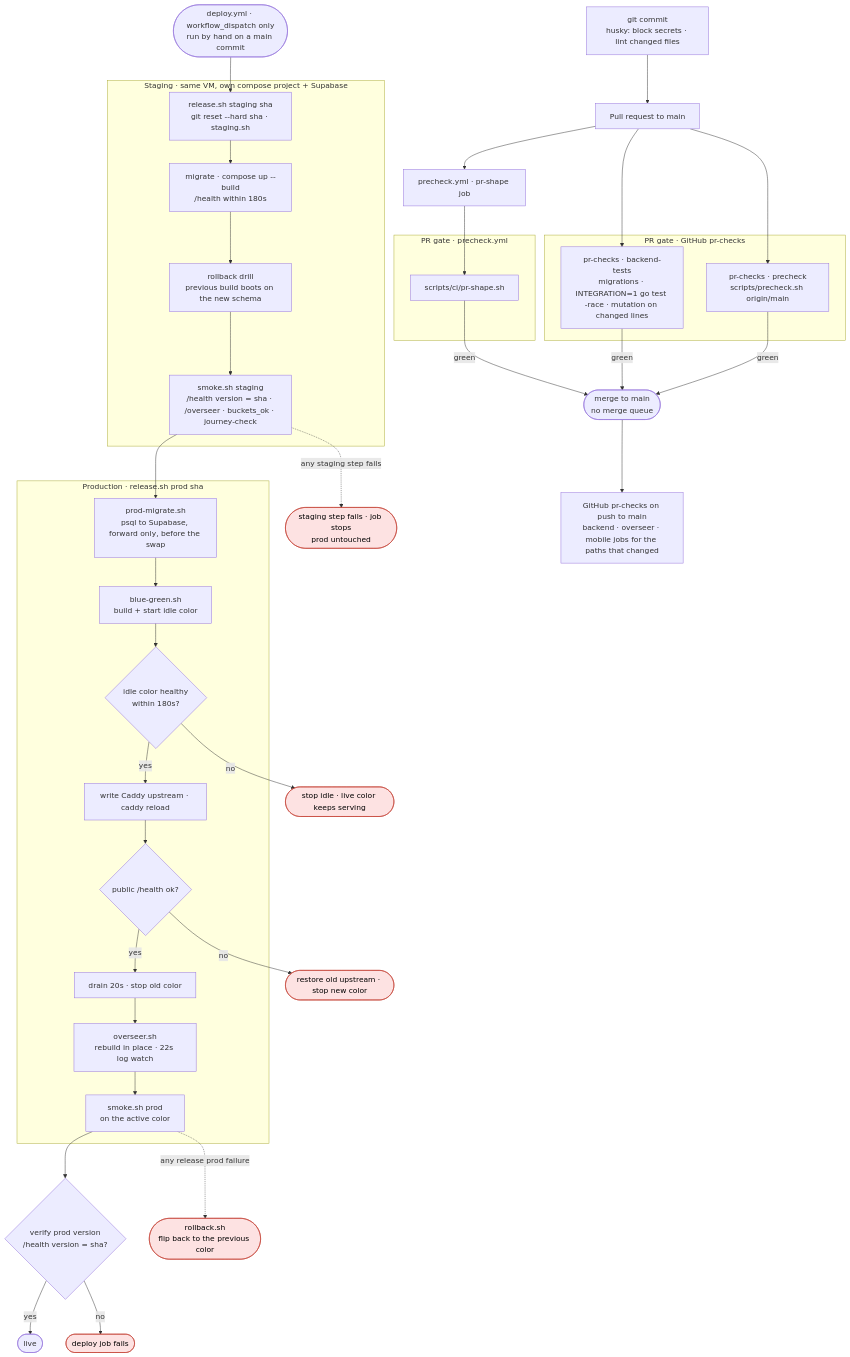
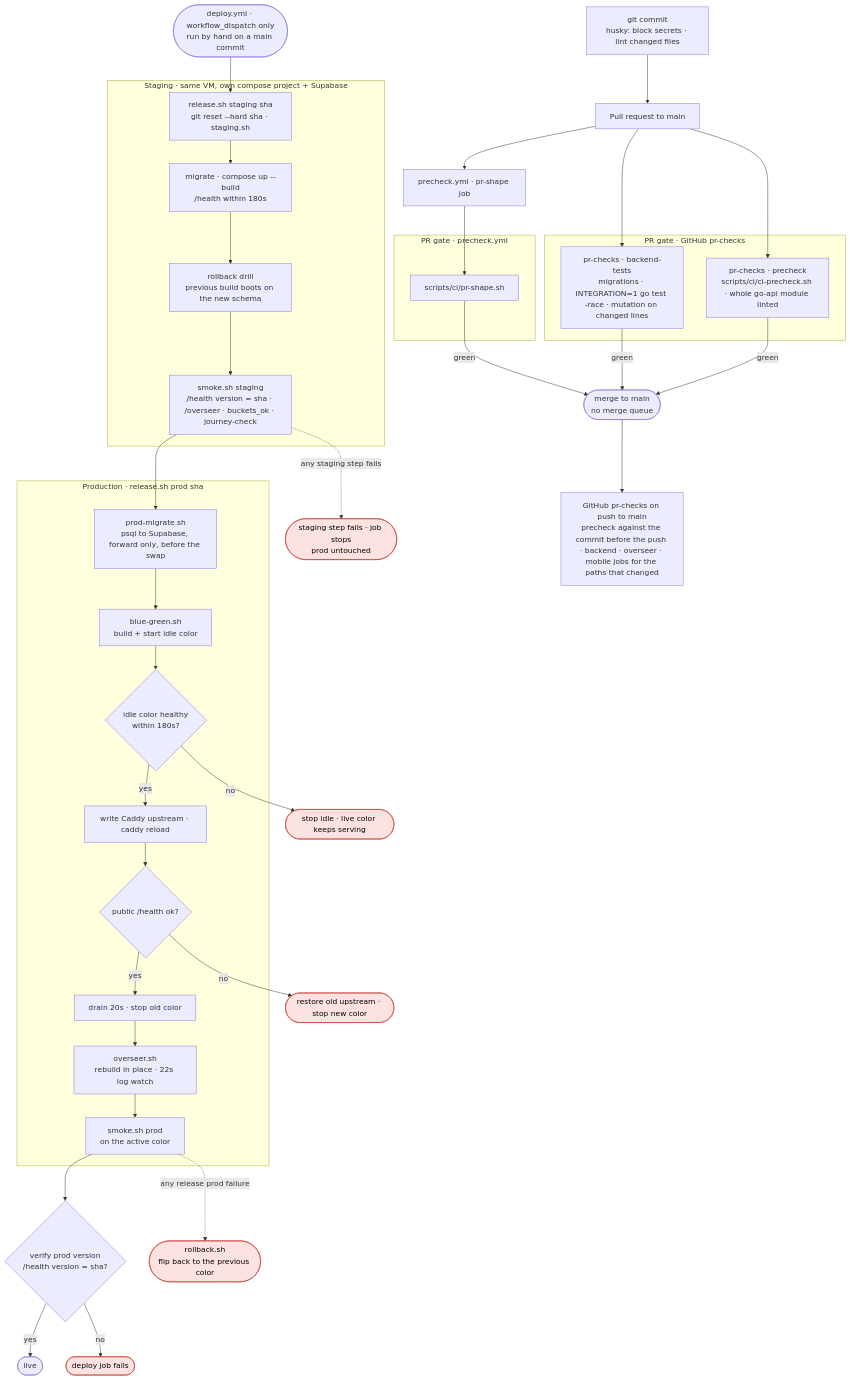
The first of 2 diagrams in docs/diagrams/delivery.md (aleburrascano/altune), drawn with Mermaid before and after one commit. The commit also changed 1 other file, not shown here.

Commit message:
test(ci): prove ci-precheck uses the before commit, and update the delivery diagram

````diff
--- a/docs/diagrams/delivery.md
+++ b/docs/diagrams/delivery.md
@@ -7,63 +7,63 @@
 ```mermaid
 flowchart TD
     commit["git commit<br/>husky: block secrets · lint changed files"] --> pr["Pull request to main"]
     pr --> precheck["precheck.yml · pr-shape job"]
 
     subgraph gate [PR gate · precheck.yml]
         shape["scripts/ci/pr-shape.sh"]
     end
 
     subgraph ghgate [PR gate · GitHub pr-checks]
         ghtests["pr-checks · backend-tests<br/>migrations · INTEGRATION=1 go test -race · mutation on changed lines"]
-        ghprecheck["pr-checks · precheck<br/>scripts/precheck.sh origin/main"]
+        ghprecheck["pr-checks · precheck<br/>scripts/ci/ci-precheck.sh · whole go-api module linted"]
     end
 
     precheck --> shape
     pr --> ghtests
     pr --> ghprecheck
     ghtests -->|green| main
     ghprecheck -->|green| main
     shape -->|green| main(["merge to main<br/>no merge queue"])
-    main --> ci["GitHub pr-checks on push to main<br/>backend · overseer · mobile jobs for the paths that changed"]
+    main --> ci["GitHub pr-checks on push to main<br/>precheck against the commit before the push · backend · overseer · mobile jobs for the paths that changed"]
 
     dispatch(["deploy.yml · workflow_dispatch only<br/>run by hand on a main commit"])
 
     subgraph staging [Staging · same VM, own compose project + Supabase]
         st_release["release.sh staging sha<br/>git reset --hard sha · staging.sh"]
         st_up["migrate · compose up --build<br/>/health within 180s"]
         drill["rollback drill<br/>previous build boots on the new schema"]
         smoke["smoke.sh staging<br/>/health version = sha · /overseer · buckets_ok · journey-check"]
         st_release --> st_up --> drill --> smoke
     end
 
     dispatch --> st_release
 
     subgraph live_env [Production · release.sh prod sha]
         migrate["prod-migrate.sh<br/>psql to Supabase, forward only, before the swap"]
         build["blue-green.sh<br/>build + start idle color"]
         healthy{"idle color healthy<br/>within 180s?"}
         flip["write Caddy upstream · caddy reload"]
         verify{"public /health ok?"}
         drain["drain 20s · stop old color"]
         overseer["overseer.sh<br/>rebuild in place · 22s log watch"]
         psmoke["smoke.sh prod<br/>on the active color"]
         migrate --> build --> healthy
         healthy -->|yes| flip --> verify
         verify -->|yes| drain --> overseer --> psmoke
     end
 
     smoke --> migrate
     psmoke --> version{"verify prod version<br/>/health version = sha?"}
     version -->|yes| done(["live"])
 
     st_fail(["staging step fails · job stops<br/>prod untouched"])
     smoke -.->|any staging step fails| st_fail
     healthy -->|no| keep(["stop idle · live color keeps serving"])
     verify -->|no| restore(["restore old upstream · stop new color"])
     rollback(["rollback.sh<br/>flip back to the previous color"])
     psmoke -.->|any release prod failure| rollback
     version -->|no| vfail(["deploy job fails"])
 
     classDef fail fill:#fde2e2,stroke:#c0392b,color:#000
     class keep,restore,rollback,st_fail,vfail fail
 ```
````
